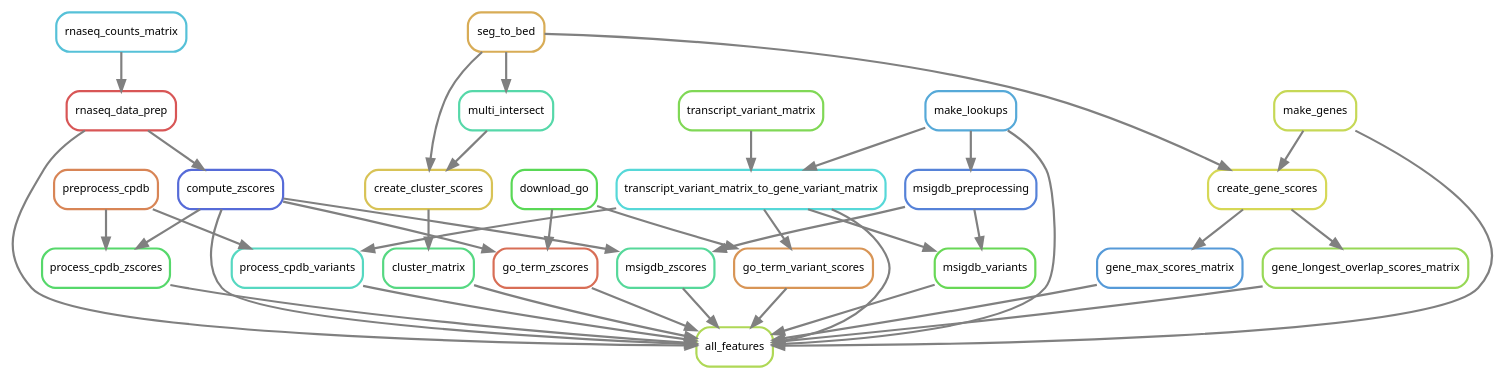
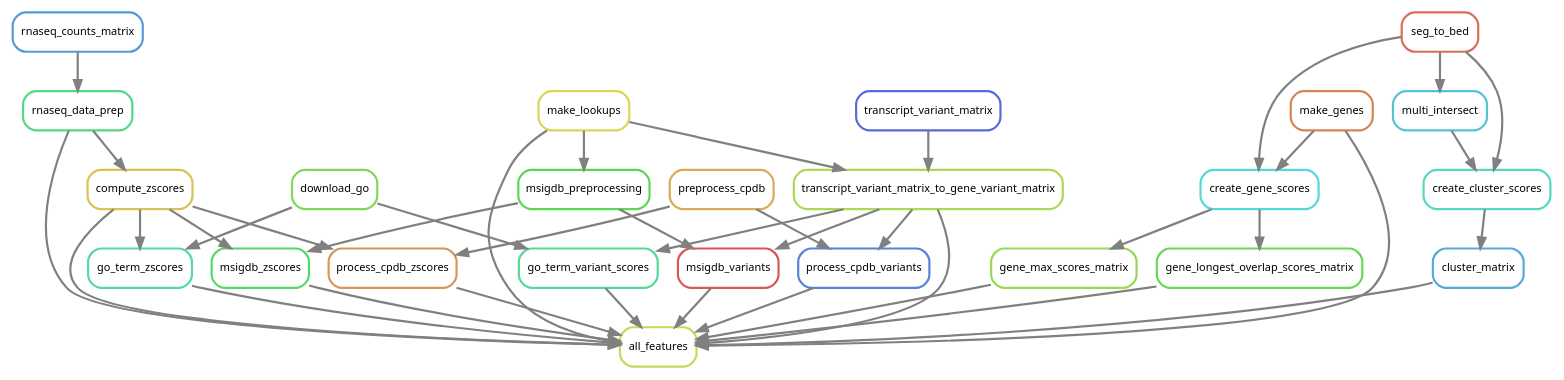
One commit to NCBI-Hackathons/Pharmacogenomics_Prediction_Pipeline_P3 changed the diagram in doc/source/images/all.dot. Above: the diagram before and after it, drawn with Graphviz. The commit also changed 27 other files, not shown here.

```diff
--- a/doc/source/images/all.dot
+++ b/doc/source/images/all.dot
@@ -1,68 +1,68 @@
 digraph snakemake_dag {
     graph[bgcolor=white, margin=0];
     node[shape=box, style=rounded, fontname=sans,                 fontsize=10, penwidth=2];
     edge[penwidth=2, color=grey];
-	0[label = "rnaseq_data_prep", color = "0.00 0.6 0.85", style="rounded"];
-	1[label = "process_cpdb_zscores", color = "0.36 0.6 0.85", style="rounded"];
-	2[label = "seg_to_bed", color = "0.11 0.6 0.85", style="rounded"];
-	3[label = "go_term_zscores", color = "0.03 0.6 0.85", style="rounded"];
-	4[label = "go_term_variant_scores", color = "0.08 0.6 0.85", style="rounded"];
-	5[label = "create_cluster_scores", color = "0.14 0.6 0.85", style="rounded"];
-	6[label = "cluster_matrix", color = "0.39 0.6 0.85", style="rounded"];
-	7[label = "msigdb_zscores", color = "0.42 0.6 0.85", style="rounded"];
-	8[label = "multi_intersect", color = "0.44 0.6 0.85", style="rounded"];
-	9[label = "create_gene_scores", color = "0.17 0.6 0.85", style="rounded"];
-	10[label = "rnaseq_counts_matrix", color = "0.53 0.6 0.85", style="rounded"];
-	11[label = "process_cpdb_variants", color = "0.47 0.6 0.85", style="rounded"];
-	12[label = "make_genes", color = "0.19 0.6 0.85", style="rounded"];
-	13[label = "transcript_variant_matrix_to_gene_variant_matrix", color = "0.50 0.6 0.85", style="rounded"];
-	14[label = "all_features", color = "0.22 0.6 0.85", style="rounded"];
-	15[label = "gene_longest_overlap_scores_matrix", color = "0.25 0.6 0.85", style="rounded"];
-	16[label = "make_lookups", color = "0.56 0.6 0.85", style="rounded"];
-	17[label = "gene_max_scores_matrix", color = "0.58 0.6 0.85", style="rounded"];
-	18[label = "transcript_variant_matrix", color = "0.28 0.6 0.85", style="rounded"];
-	19[label = "compute_zscores", color = "0.64 0.6 0.85", style="rounded"];
-	20[label = "msigdb_preprocessing", color = "0.61 0.6 0.85", style="rounded"];
-	21[label = "msigdb_variants", color = "0.31 0.6 0.85", style="rounded"];
-	22[label = "preprocess_cpdb", color = "0.06 0.6 0.85", style="rounded"];
-	23[label = "download_go", color = "0.33 0.6 0.85", style="rounded"];
-	10 -> 0
-	22 -> 1
-	19 -> 1
+	0[label = "msigdb_preprocessing", color = "0.33 0.6 0.85", style="rounded"];
+	1[label = "msigdb_zscores", color = "0.36 0.6 0.85", style="rounded"];
+	2[label = "rnaseq_data_prep", color = "0.39 0.6 0.85", style="rounded"];
+	3[label = "go_term_variant_scores", color = "0.42 0.6 0.85", style="rounded"];
+	4[label = "go_term_zscores", color = "0.44 0.6 0.85", style="rounded"];
+	5[label = "create_cluster_scores", color = "0.47 0.6 0.85", style="rounded"];
+	6[label = "msigdb_variants", color = "0.00 0.6 0.85", style="rounded"];
+	7[label = "seg_to_bed", color = "0.03 0.6 0.85", style="rounded"];
+	8[label = "transcript_variant_matrix", color = "0.64 0.6 0.85", style="rounded"];
+	9[label = "create_gene_scores", color = "0.50 0.6 0.85", style="rounded"];
+	10[label = "multi_intersect", color = "0.53 0.6 0.85", style="rounded"];
+	11[label = "cluster_matrix", color = "0.56 0.6 0.85", style="rounded"];
+	12[label = "process_cpdb_zscores", color = "0.08 0.6 0.85", style="rounded"];
+	13[label = "preprocess_cpdb", color = "0.11 0.6 0.85", style="rounded"];
+	14[label = "compute_zscores", color = "0.14 0.6 0.85", style="rounded"];
+	15[label = "process_cpdb_variants", color = "0.61 0.6 0.85", style="rounded"];
+	16[label = "make_genes", color = "0.06 0.6 0.85", style="rounded"];
+	17[label = "make_lookups", color = "0.17 0.6 0.85", style="rounded"];
+	18[label = "all_features", color = "0.19 0.6 0.85", style="rounded"];
+	19[label = "transcript_variant_matrix_to_gene_variant_matrix", color = "0.22 0.6 0.85", style="rounded"];
+	20[label = "gene_max_scores_matrix", color = "0.25 0.6 0.85", style="rounded"];
+	21[label = "download_go", color = "0.28 0.6 0.85", style="rounded"];
+	22[label = "gene_longest_overlap_scores_matrix", color = "0.31 0.6 0.85", style="rounded"];
+	23[label = "rnaseq_counts_matrix", color = "0.58 0.6 0.85", style="rounded"];
+	17 -> 0
+	0 -> 1
+	14 -> 1
+	23 -> 2
+	21 -> 3
 	19 -> 3
-	23 -> 3
-	13 -> 4
-	23 -> 4
-	2 -> 5
-	8 -> 5
-	5 -> 6
-	20 -> 7
-	19 -> 7
-	2 -> 8
-	12 -> 9
-	2 -> 9
-	22 -> 11
-	13 -> 11
-	16 -> 13
-	18 -> 13
-	0 -> 14
-	1 -> 14
-	15 -> 14
-	16 -> 14
-	3 -> 14
-	17 -> 14
-	4 -> 14
-	6 -> 14
-	7 -> 14
-	21 -> 14
-	11 -> 14
-	12 -> 14
-	19 -> 14
-	13 -> 14
-	9 -> 15
-	9 -> 17
-	0 -> 19
-	16 -> 20
-	20 -> 21
-	13 -> 21
+	21 -> 4
+	14 -> 4
+	7 -> 5
+	10 -> 5
+	0 -> 6
+	19 -> 6
+	7 -> 9
+	16 -> 9
+	7 -> 10
+	5 -> 11
+	13 -> 12
+	14 -> 12
+	2 -> 14
+	13 -> 15
+	19 -> 15
+	1 -> 18
+	11 -> 18
+	2 -> 18
+	3 -> 18
+	12 -> 18
+	4 -> 18
+	14 -> 18
+	6 -> 18
+	15 -> 18
+	17 -> 18
+	19 -> 18
+	20 -> 18
+	22 -> 18
+	16 -> 18
+	8 -> 19
+	17 -> 19
+	9 -> 20
+	9 -> 22
 }            
```
